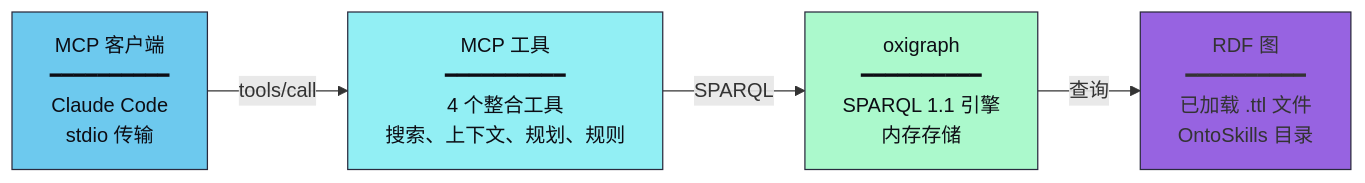
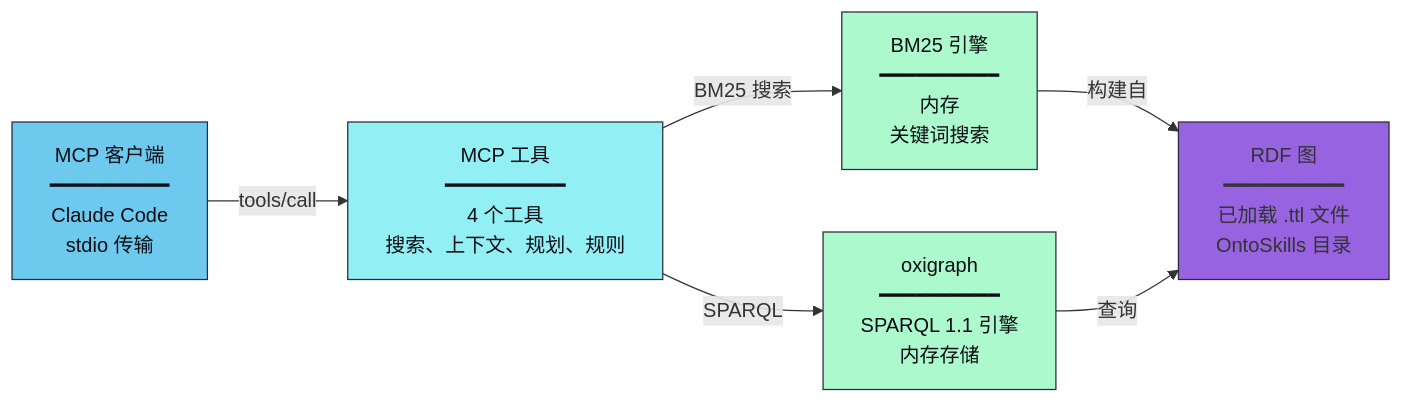
One commit to mareasoftware/ontoclaw changed the second of 3 diagrams in mcp/README_zh.md. Above: the diagram before and after it, drawn with Mermaid. The commit also changed other lines of this file and 103 other files, not shown here.

````diff
--- a/mcp/README_zh.md
+++ b/mcp/README_zh.md
@@ -44,11 +44,14 @@
 ```mermaid
 flowchart LR
-    CLIENT["MCP 客户端<br/>━━━━━━━━━━<br/>Claude Code<br/>stdio 传输"] -->|"tools/call"| TOOLS["MCP 工具<br/>━━━━━━━━━━<br/>4 个整合工具<br/>搜索、上下文、规划、规则"]
+    CLIENT["MCP 客户端<br/>━━━━━━━━━━<br/>Claude Code<br/>stdio 传输"] -->|"tools/call"| TOOLS["MCP 工具<br/>━━━━━━━━━━<br/>4 个工具<br/>搜索、上下文、规划、规则"]
+    TOOLS -->|"BM25 搜索"| BM25["BM25 引擎<br/>━━━━━━━━━━<br/>内存<br/>关键词搜索"]
     TOOLS -->|"SPARQL"| SPARQL["oxigraph<br/>━━━━━━━━━━<br/>SPARQL 1.1 引擎<br/>内存存储"]
-    SPARQL -->|"查询"| GRAPH["RDF 图<br/>━━━━━━━━━━<br/>已加载 .ttl 文件<br/>OntoSkills 目录"]
+    BM25 -->|"构建自"| GRAPH["RDF 图<br/>━━━━━━━━━━<br/>已加载 .ttl 文件<br/>OntoSkills 目录"]
+    SPARQL -->|"查询"| GRAPH
 
     style CLIENT fill:#6dc9ee,stroke:#2a2a3e,color:#0d0d14
     style TOOLS fill:#92eff4,stroke:#2a2a3e,color:#0d0d14
+    style BM25 fill:#abf9cc,stroke:#2a2a3e,color:#0d0d14
     style SPARQL fill:#abf9cc,stroke:#2a2a3e,color:#0d0d14
     style GRAPH fill:#9763e1,stroke:#2a2a3e,color:#0d0f5
 ```
````
